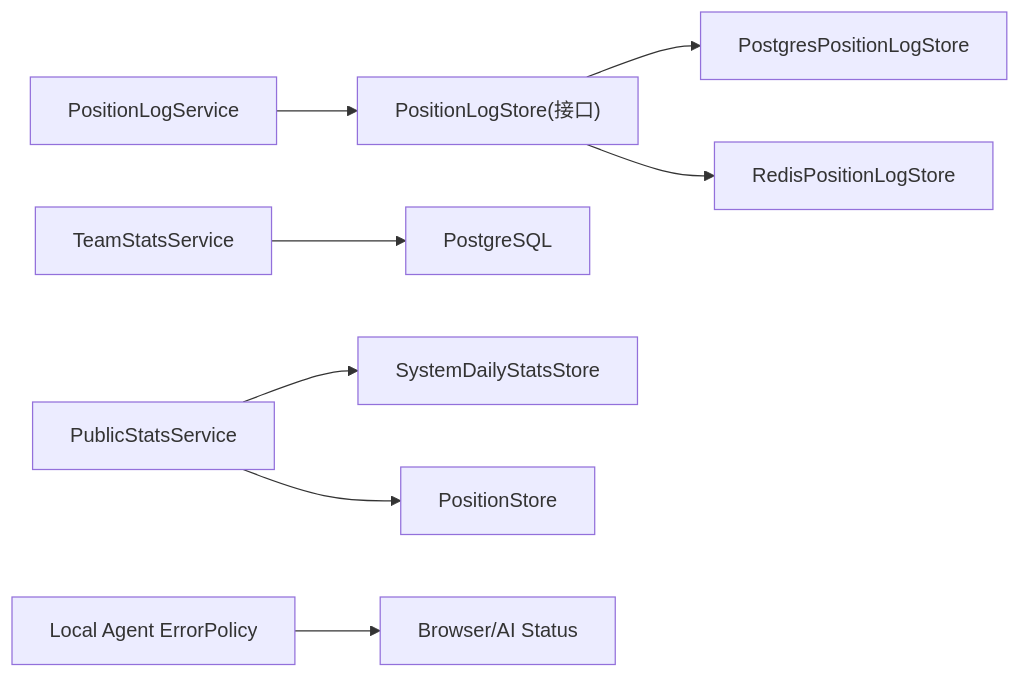
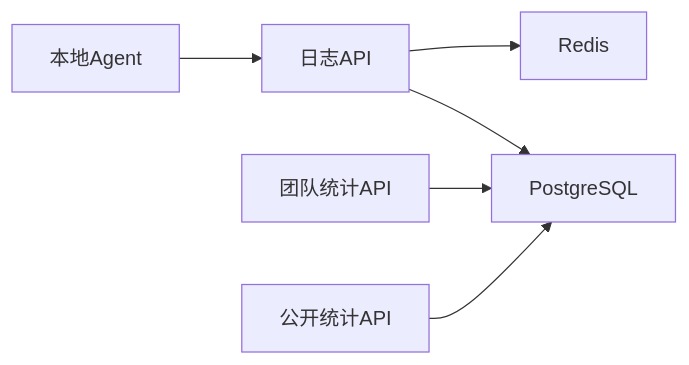
One commit to alvinwangzi/goodhr changed the tenth of 10 diagrams in .qoder/repowiki/zh/content/云端后端服务/岗位运行管理/岗位监控统计.md. Above: the diagram before and after it, drawn with Mermaid. The commit also changed other lines of this file and 149 other files, not shown here.

````diff
--- a/.qoder/repowiki/zh/content/云端后端服务/岗位运行管理/岗位监控统计.md
+++ b/.qoder/repowiki/zh/content/云端后端服务/岗位运行管理/岗位监控统计.md
@@ -311,10 +328,8 @@
 ```mermaid
 graph LR
-A["PositionLogService"] --> B["PositionLogStore(接口)"]
-B --> C["PostgresPositionLogStore"]
-B --> D["RedisPositionLogStore"]
-E["TeamStatsService"] --> F["PostgreSQL"]
-G["PublicStatsService"] --> H["SystemDailyStatsStore"]
-G --> I["PositionStore"]
-J["Local Agent ErrorPolicy"] --> K["Browser/AI Status"]
+API["日志API"] --> R["Redis"]
+API --> PG["PostgreSQL"]
+Team["团队统计API"] --> PG
+Public["公开统计API"] --> PG
+Agent["本地Agent"] --> API
 ```
````
